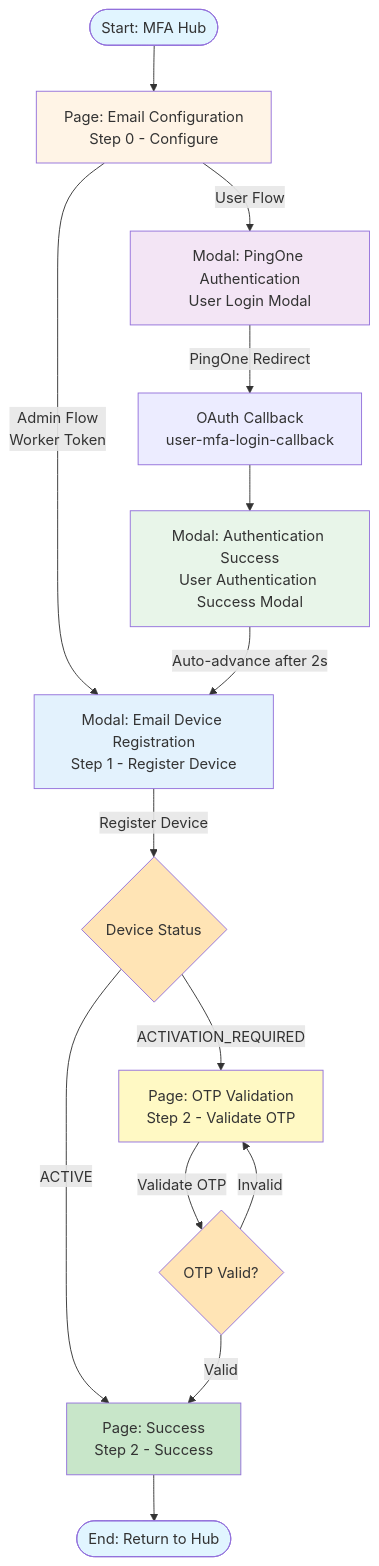
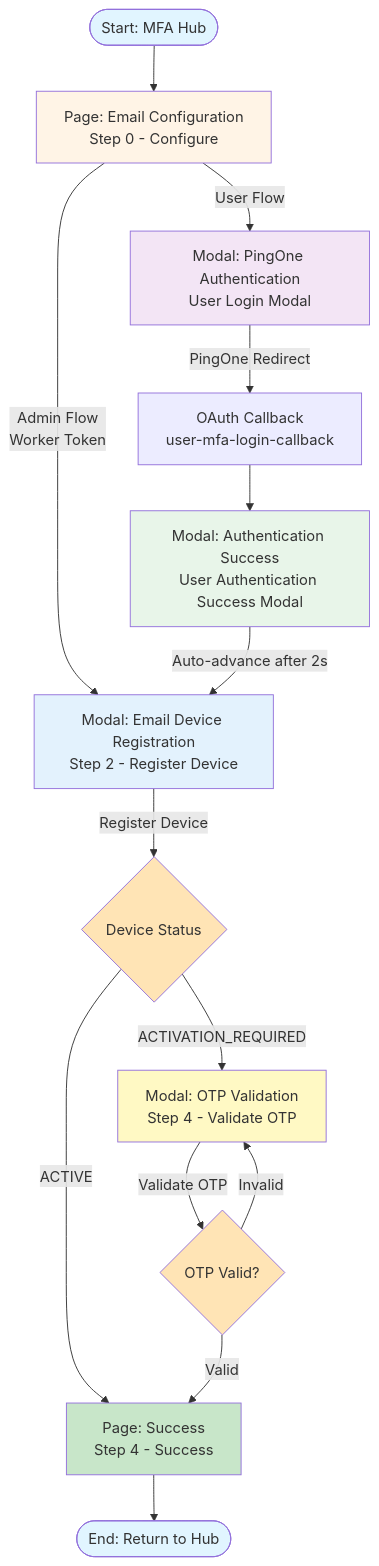
Before and after one commit to curtismu7/oauthPlayground: the diagram in docs/EMAIL_REGISTRATION_UI_FLOW.md, drawn with Mermaid. The commit also changed other lines of this file and 87 other files, not shown here.

First line of the commit message:
MFA Config Page Review: Fix policy refresh button state

````diff
--- a/docs/EMAIL_REGISTRATION_UI_FLOW.md
+++ b/docs/EMAIL_REGISTRATION_UI_FLOW.md
@@ -7,34 +7,34 @@
 ```mermaid
 flowchart TD
     Start([Start: MFA Hub]) --> Config[Page: Email Configuration<br/>Step 0 - Configure]
     
     Config -->|User Flow| AuthModal[Modal: PingOne Authentication<br/>User Login Modal]
-    Config -->|Admin Flow<br/>Worker Token| DeviceReg[Modal: Email Device Registration<br/>Step 1 - Register Device]
+    Config -->|Admin Flow<br/>Worker Token| DeviceReg[Modal: Email Device Registration<br/>Step 2 - Register Device]
     
     AuthModal -->|PingOne Redirect| AuthCallback[OAuth Callback<br/>user-mfa-login-callback]
     AuthCallback --> AuthSuccess[Modal: Authentication Success<br/>User Authentication Success Modal]
     
     AuthSuccess -->|Auto-advance after 2s| DeviceReg
     
     DeviceReg -->|Register Device| DeviceStatus{Device Status}
     
-    DeviceStatus -->|ACTIVE| SuccessPage[Page: Success<br/>Step 2 - Success]
-    DeviceStatus -->|ACTIVATION_REQUIRED| OTPValidation[Page: OTP Validation<br/>Step 2 - Validate OTP]
+    DeviceStatus -->|ACTIVE| SuccessPage[Page: Success<br/>Step 4 - Success]
+    DeviceStatus -->|ACTIVATION_REQUIRED| OTPValidation[Modal: OTP Validation<br/>Step 4 - Validate OTP]
     
     OTPValidation -->|Validate OTP| OTPCheck{OTP Valid?}
     OTPCheck -->|Valid| SuccessPage
     OTPCheck -->|Invalid| OTPValidation
     
     SuccessPage --> End([End: Return to Hub])
     
     style Start fill:#e1f5ff
     style Config fill:#fff4e6
     style AuthModal fill:#f3e5f5
     style AuthSuccess fill:#e8f5e9
     style DeviceReg fill:#e3f2fd
     style OTPValidation fill:#fff9c4
     style SuccessPage fill:#c8e6c9
     style End fill:#e1f5ff
     style DeviceStatus fill:#ffe4b5
     style OTPCheck fill:#ffe4b5
 ```
````
